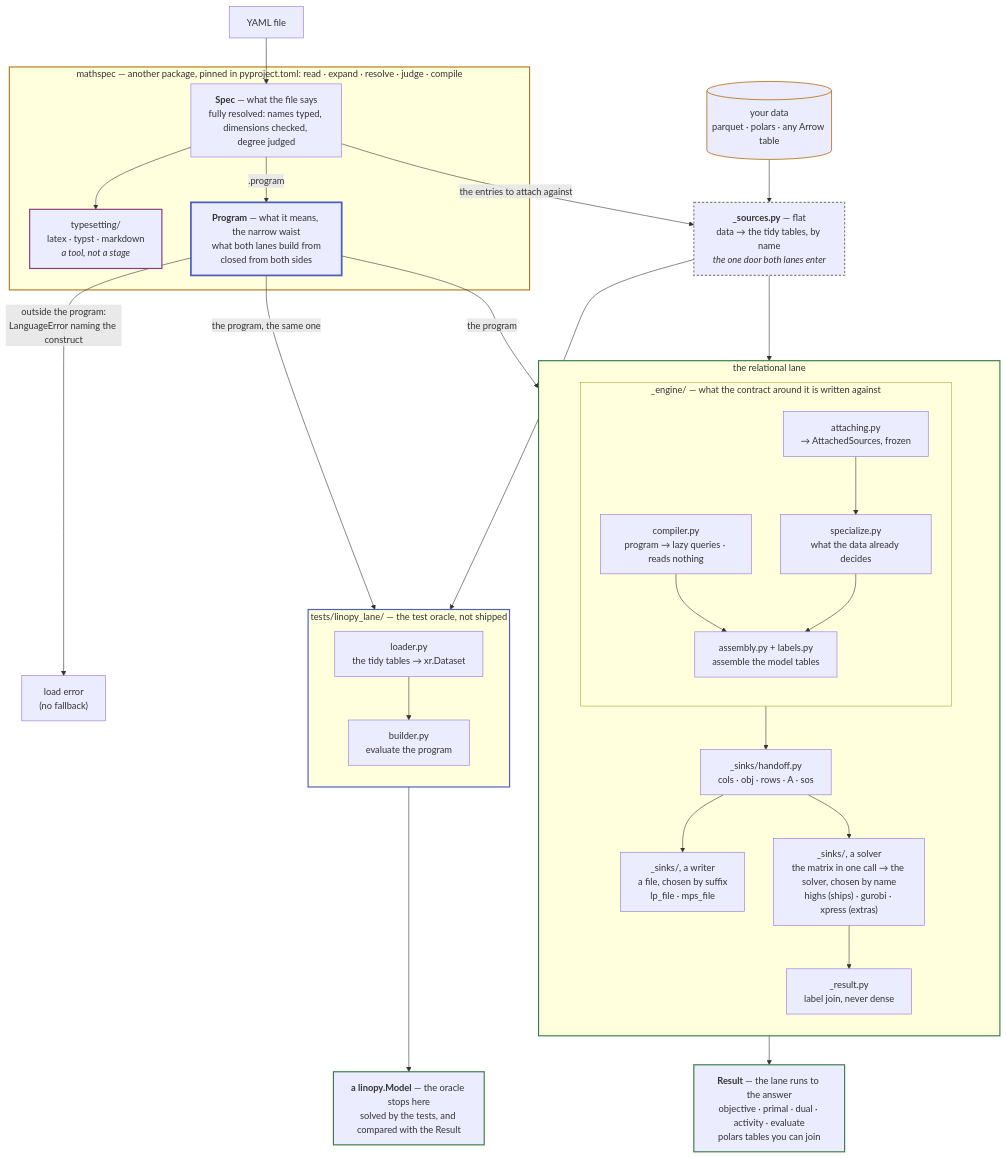
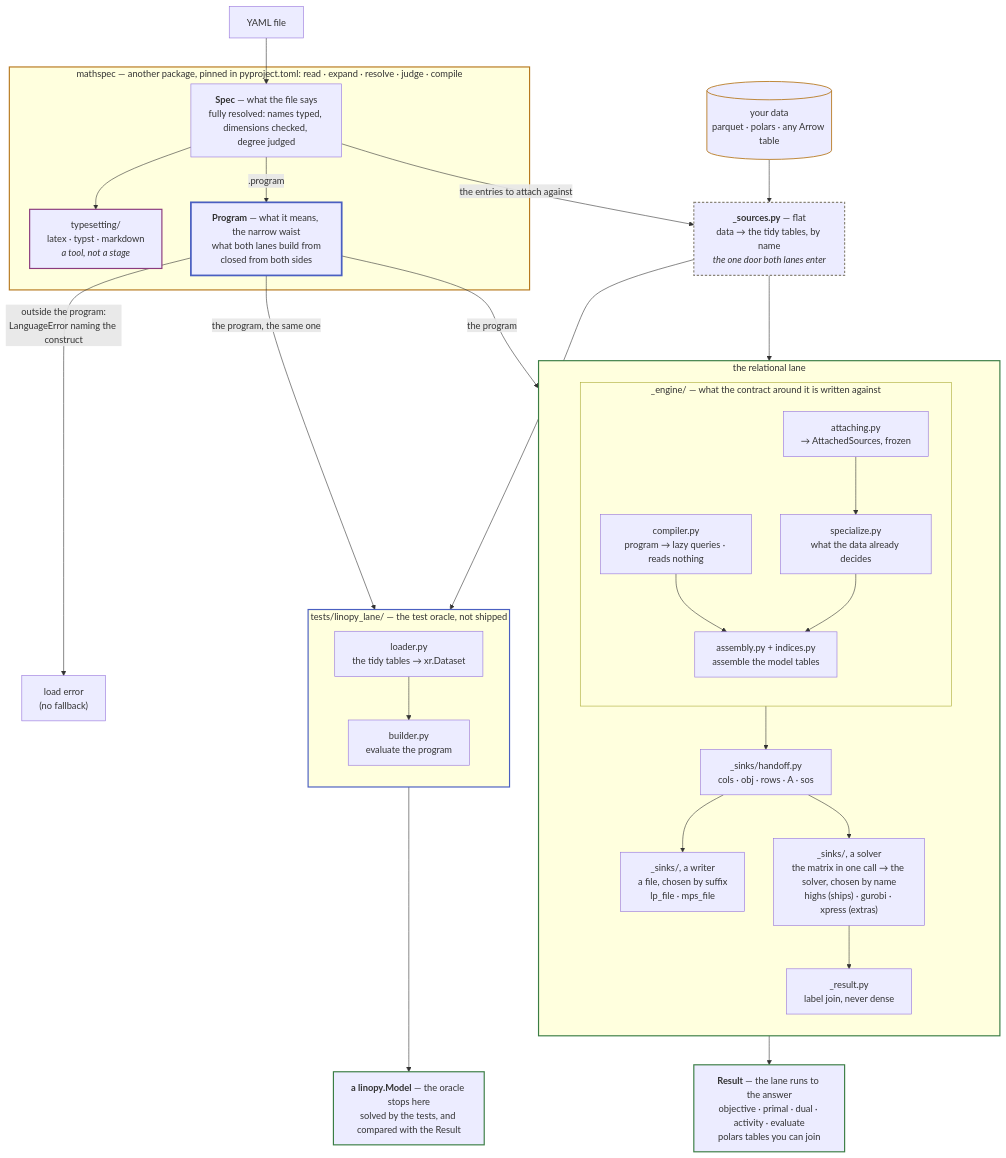
One commit to fluxopt/specsolve changed the diagram in docs/development/architecture.md. Above: the diagram before and after it, drawn with Mermaid. The commit also changed other lines of this file and 3 other files, not shown here.

First line of the commit message:
docs: the glossary defines engine and capability, and the architecture page solver index and handoff

````diff
--- a/docs/development/architecture.md
+++ b/docs/development/architecture.md
@@ -19,60 +19,60 @@
 ```mermaid
 flowchart TB
     Y[YAML file] --> SPEC
     DATA[("your data<br/>parquet · polars · any Arrow table")] --> SRC
 
     subgraph MS["mathspec — another package, pinned in pyproject.toml: read · expand · resolve · judge · compile"]
         SPEC["<b>Spec</b> — what the file says<br/>fully resolved: names typed, dimensions checked, degree judged"]
         SPEC --> TS["typesetting/<br/>latex · typst · markdown<br/><i>a tool, not a stage</i>"]
         SPEC -->|".program"| PLAN["<b>Program</b> — what it means, the narrow waist<br/>what both lanes build from<br/>closed from both sides"]
     end
 
     SPEC -->|"the entries to attach against"| SRC
     SRC["<b>_sources.py</b> — flat<br/>data → the tidy tables, by name<br/><i>the one door both lanes enter</i>"]
 
     PLAN -->|"outside the program:<br/>LanguageError naming the construct"| ERR["load error<br/>(no fallback)"]
     PLAN -->|"the program"| COMP
     SRC --> ATTACH
     PLAN -->|"the program, the same one"| BUILD
     SRC --> LOAD
 
     subgraph REL["the relational lane"]
         direction TB
         subgraph ENG["_engine/ — what the contract around it is written against"]
             direction TB
             COMP["compiler.py<br/>program → lazy queries · reads nothing"] --> ENGINE
             ATTACH["attaching.py<br/>→ AttachedSources, frozen"] --> SPECIALIZE["specialize.py<br/>what the data already decides"]
-            SPECIALIZE --> ENGINE["assembly.py + labels.py<br/>assemble the model tables"]
+            SPECIALIZE --> ENGINE["assembly.py + indices.py<br/>assemble the model tables"]
         end
         ENG --> TABLES["_sinks/handoff.py<br/>cols · obj · rows · A · sos"]
         TABLES --> LPS["_sinks/, a writer<br/>a file, chosen by suffix<br/>lp_file · mps_file"]
         TABLES --> DIRECT["_sinks/, a solver<br/>the matrix in one call → the solver, chosen by name<br/>highs (ships) · gurobi · xpress (extras)"]
         DIRECT --> SOL["_result.py<br/>label join, never dense"]
     end
 
     SOL --> ANS["<b>Result</b> — the lane runs to the answer<br/>objective · primal · dual · activity · evaluate<br/>polars tables you can join"]
 
     subgraph LIN["tests/linopy_lane/ — the test oracle, not shipped"]
         direction TB
         LOAD["loader.py<br/>the tidy tables → xr.Dataset"] --> BUILD["builder.py<br/>evaluate the program"]
     end
 
     BUILD --> MODEL["<b>a linopy.Model</b> — the oracle stops here<br/>solved by the tests, and compared with the Result"]
 
     classDef laneL stroke:#b7791f,stroke-width:2px
     classDef laneR stroke:#3a7d44,stroke-width:2px
     classDef laneE stroke:#4a5fc1,stroke-width:2px
     classDef laneT stroke:#8b3a7d,stroke-width:2px
     classDef waist stroke:#4a5fc1,stroke-width:3px
     classDef flat stroke:#8a8578,stroke-width:2px,stroke-dasharray:4 3
     classDef data stroke:#b7791f,stroke-width:1.5px
     classDef out stroke:#3a7d44,stroke-width:2px
     class MS laneL
     class REL laneR
     class LIN laneE
     class TS laneT
     class PLAN waist
     class SRC flat
     class DATA data
     class ANS,MODEL out
 ```
````
